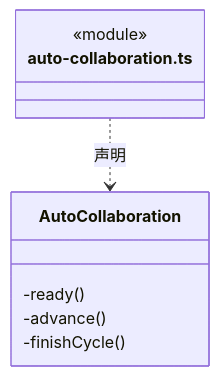
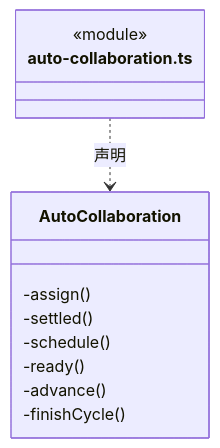
Before and after one commit to nan023062/cbim: the fifth of 42 diagrams in src/backend/scheduler-engine/execution/ARCHITECTURE.md, drawn with Mermaid. The commit also changed other lines of this file and 70 other files, not shown here.

````diff
--- a/src/backend/scheduler-engine/execution/ARCHITECTURE.md
+++ b/src/backend/scheduler-engine/execution/ARCHITECTURE.md
@@ -146,12 +174,15 @@
 ```mermaid
 classDiagram
 class N_src_backend_scheduler_engine_execution_auto_collaboration_ts["auto-collaboration.ts"] {
   <<module>>
 }
 class N_src_backend_scheduler_engine_execution_auto_collaboration_ts_AutoCollaboration["AutoCollaboration"] {
+  -assign()
+  -settled()
+  -schedule()
   -ready()
   -advance()
   -finishCycle()
 }
 N_src_backend_scheduler_engine_execution_auto_collaboration_ts ..> N_src_backend_scheduler_engine_execution_auto_collaboration_ts_AutoCollaboration : 声明
 ```
````
